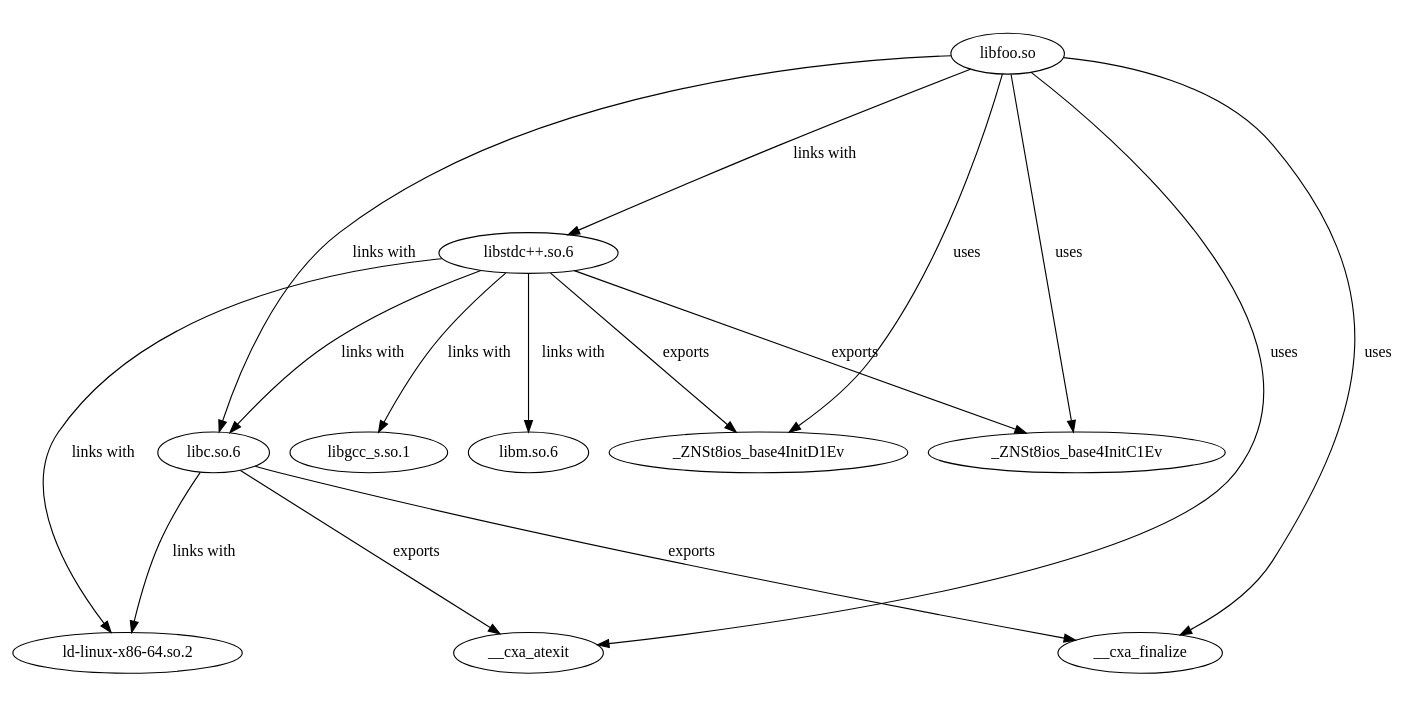
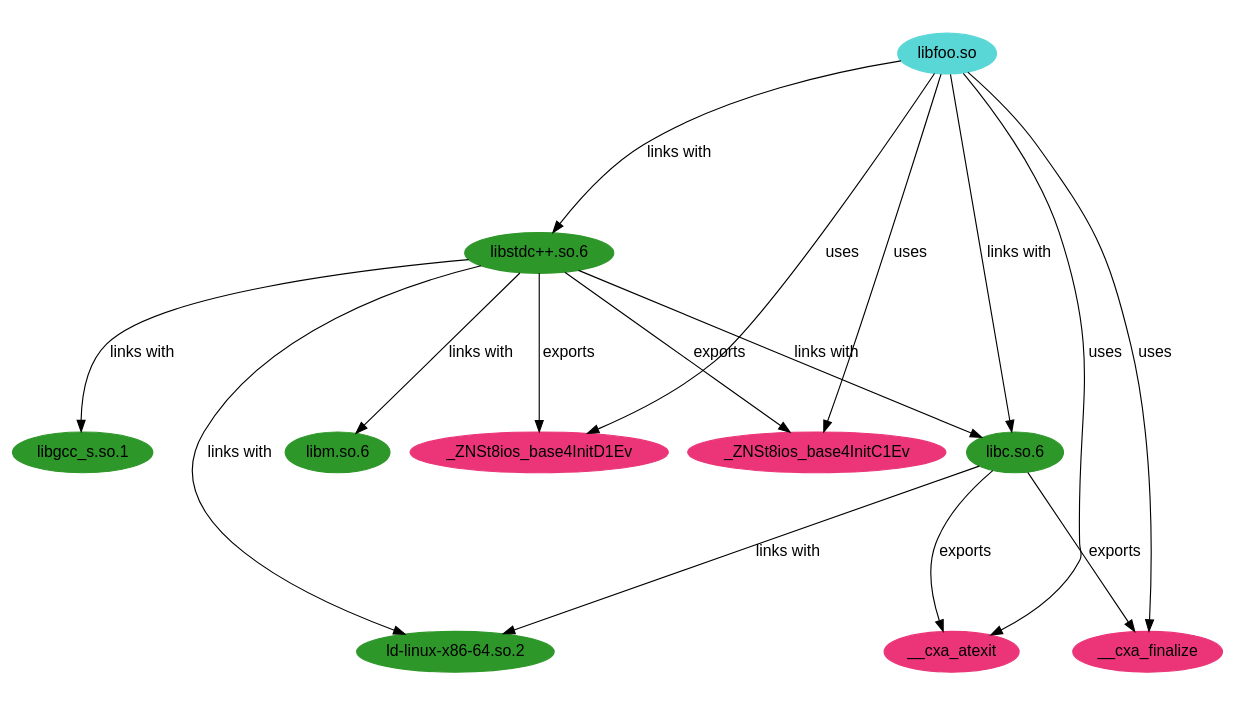
One commit to vsoch/elfcall changed the diagram in data/examples/dot/graph.dot. Above: the diagram before and after it, drawn with Graphviz. The commit also changed 7 other files, not shown here.

```diff
--- a/data/examples/dot/graph.dot
+++ b/data/examples/dot/graph.dot
@@ -1,29 +1,32 @@
 digraph linked_libs {
  ratio=0.562;
- kbijlxqk [label="libc.so.6" tooltip="libc.so.6"];
- mbsjaupi [label="libfoo.so" tooltip="libfoo.so"];
- hnoyhrry [label="libgcc_s.so.1" tooltip="libgcc_s.so.1"];
- sqvnnvtf [label="libstdc++.so.6" tooltip="libstdc++.so.6"];
- qgptymub [label="libm.so.6" tooltip="libm.so.6"];
- znlyfbqr [label="ld-linux-x86-64.so.2" tooltip="ld-linux-x86-64.so.2"];
- nnsntbzl [label="_ZNSt8ios_base4InitC1Ev" tooltip="_ZNSt8ios_base4InitC1Ev (FUNC)"];
- rrvdolhc [label="__cxa_finalize" tooltip="__cxa_finalize (FUNC)"];
- encnjfid [label="_ZNSt8ios_base4InitD1Ev" tooltip="_ZNSt8ios_base4InitD1Ev (FUNC)"];
- gomjwglj [label="__cxa_atexit" tooltip="__cxa_atexit (FUNC)"];
- mbsjaupi -> sqvnnvtf [label=" links with " tooltip="/home/vanessa/Desktop/Code/elfcall/data/libfoo.so -> /usr/lib/x86_64-linux-gnu/libstdc++.so.6"];
- mbsjaupi -> kbijlxqk [label=" links with " tooltip="/home/vanessa/Desktop/Code/elfcall/data/libfoo.so -> /lib/x86_64-linux-gnu/libc.so.6"];
- sqvnnvtf -> qgptymub [label=" links with " tooltip="/usr/lib/x86_64-linux-gnu/libstdc++.so.6 -> libm.so.6"];
- sqvnnvtf -> kbijlxqk [label=" links with " tooltip="/usr/lib/x86_64-linux-gnu/libstdc++.so.6 -> /lib/x86_64-linux-gnu/libc.so.6"];
- sqvnnvtf -> znlyfbqr [label=" links with " tooltip="/usr/lib/x86_64-linux-gnu/libstdc++.so.6 -> ld-linux-x86-64.so.2"];
- sqvnnvtf -> hnoyhrry [label=" links with " tooltip="/usr/lib/x86_64-linux-gnu/libstdc++.so.6 -> libgcc_s.so.1"];
- kbijlxqk -> znlyfbqr [label=" links with " tooltip="/lib/x86_64-linux-gnu/libc.so.6 -> ld-linux-x86-64.so.2"];
- sqvnnvtf -> nnsntbzl [label=" exports " tooltip="/usr/lib/x86_64-linux-gnu/libstdc++.so.6 -> _ZNSt8ios_base4InitC1Ev (nnsntbzl)"];
- sqvnnvtf -> encnjfid [label=" exports " tooltip="/usr/lib/x86_64-linux-gnu/libstdc++.so.6 -> _ZNSt8ios_base4InitD1Ev (encnjfid)"];
- kbijlxqk -> rrvdolhc [label=" exports " tooltip="/lib/x86_64-linux-gnu/libc.so.6 -> __cxa_finalize (rrvdolhc)"];
- kbijlxqk -> gomjwglj [label=" exports " tooltip="/lib/x86_64-linux-gnu/libc.so.6 -> __cxa_atexit (gomjwglj)"];
- mbsjaupi -> rrvdolhc [label=" uses " tooltip="/home/vanessa/Desktop/Code/elfcall/data/libfoo.so -> __cxa_finalize"];
- mbsjaupi -> gomjwglj [label=" uses " tooltip="/home/vanessa/Desktop/Code/elfcall/data/libfoo.so -> __cxa_atexit"];
- mbsjaupi -> nnsntbzl [label=" uses " tooltip="/home/vanessa/Desktop/Code/elfcall/data/libfoo.so -> _ZNSt8ios_base4InitC1Ev"];
- mbsjaupi -> encnjfid [label=" uses " tooltip="/home/vanessa/Desktop/Code/elfcall/data/libfoo.so -> _ZNSt8ios_base4InitD1Ev"];
+ graph [fontname="Arial"];
+ node [fontname="Arial"];
+ edge [fontname="Arial"];
+ yslewdvy [label="libfoo.so" tooltip="libfoo.so", style=filled, color="#58D7D6"];
+ lxydubee [label="libstdc++.so.6" tooltip="libstdc++.so.6", style=filled, color="#2E9729"];
+ krrqrynl [label="libm.so.6" tooltip="libm.so.6", style=filled, color="#2E9729"];
+ spkgayzz [label="libc.so.6" tooltip="libc.so.6", style=filled, color="#2E9729"];
+ baehyaiw [label="ld-linux-x86-64.so.2" tooltip="ld-linux-x86-64.so.2", style=filled, color="#2E9729"];
+ zpdqnnzy [label="libgcc_s.so.1" tooltip="libgcc_s.so.1", style=filled, color="#2E9729"];
+ hgqlvswl [label="_ZNSt8ios_base4InitC1Ev" tooltip="_ZNSt8ios_base4InitC1Ev (FUNC)", style=filled, color="#EB3578"];
+ vumtdmjd [label="__cxa_finalize" tooltip="__cxa_finalize (FUNC)", style=filled, color="#EB3578"];
+ foynqndx [label="_ZNSt8ios_base4InitD1Ev" tooltip="_ZNSt8ios_base4InitD1Ev (FUNC)", style=filled, color="#EB3578"];
+ cklbennb [label="__cxa_atexit" tooltip="__cxa_atexit (FUNC)", style=filled, color="#EB3578"];
+ yslewdvy -> lxydubee [label=" links with " tooltip="/home/vanessa/Desktop/Code/elfcall/data/libfoo.so -> /usr/lib/x86_64-linux-gnu/libstdc++.so.6"];
+ yslewdvy -> spkgayzz [label=" links with " tooltip="/home/vanessa/Desktop/Code/elfcall/data/libfoo.so -> /lib/x86_64-linux-gnu/libc.so.6"];
+ lxydubee -> krrqrynl [label=" links with " tooltip="/usr/lib/x86_64-linux-gnu/libstdc++.so.6 -> libm.so.6"];
+ lxydubee -> spkgayzz [label=" links with " tooltip="/usr/lib/x86_64-linux-gnu/libstdc++.so.6 -> /lib/x86_64-linux-gnu/libc.so.6"];
+ lxydubee -> baehyaiw [label=" links with " tooltip="/usr/lib/x86_64-linux-gnu/libstdc++.so.6 -> ld-linux-x86-64.so.2"];
+ lxydubee -> zpdqnnzy [label=" links with " tooltip="/usr/lib/x86_64-linux-gnu/libstdc++.so.6 -> libgcc_s.so.1"];
+ spkgayzz -> baehyaiw [label=" links with " tooltip="/lib/x86_64-linux-gnu/libc.so.6 -> ld-linux-x86-64.so.2"];
+ lxydubee -> hgqlvswl [label=" exports " tooltip="/usr/lib/x86_64-linux-gnu/libstdc++.so.6 -> _ZNSt8ios_base4InitC1Ev (hgqlvswl)"];
+ lxydubee -> foynqndx [label=" exports " tooltip="/usr/lib/x86_64-linux-gnu/libstdc++.so.6 -> _ZNSt8ios_base4InitD1Ev (foynqndx)"];
+ spkgayzz -> vumtdmjd [label=" exports " tooltip="/lib/x86_64-linux-gnu/libc.so.6 -> __cxa_finalize (vumtdmjd)"];
+ spkgayzz -> cklbennb [label=" exports " tooltip="/lib/x86_64-linux-gnu/libc.so.6 -> __cxa_atexit (cklbennb)"];
+ yslewdvy -> vumtdmjd [label=" uses " tooltip="/home/vanessa/Desktop/Code/elfcall/data/libfoo.so -> __cxa_finalize"];
+ yslewdvy -> cklbennb [label=" uses " tooltip="/home/vanessa/Desktop/Code/elfcall/data/libfoo.so -> __cxa_atexit"];
+ yslewdvy -> hgqlvswl [label=" uses " tooltip="/home/vanessa/Desktop/Code/elfcall/data/libfoo.so -> _ZNSt8ios_base4InitC1Ev"];
+ yslewdvy -> foynqndx [label=" uses " tooltip="/home/vanessa/Desktop/Code/elfcall/data/libfoo.so -> _ZNSt8ios_base4InitD1Ev"];
 
 }
```
